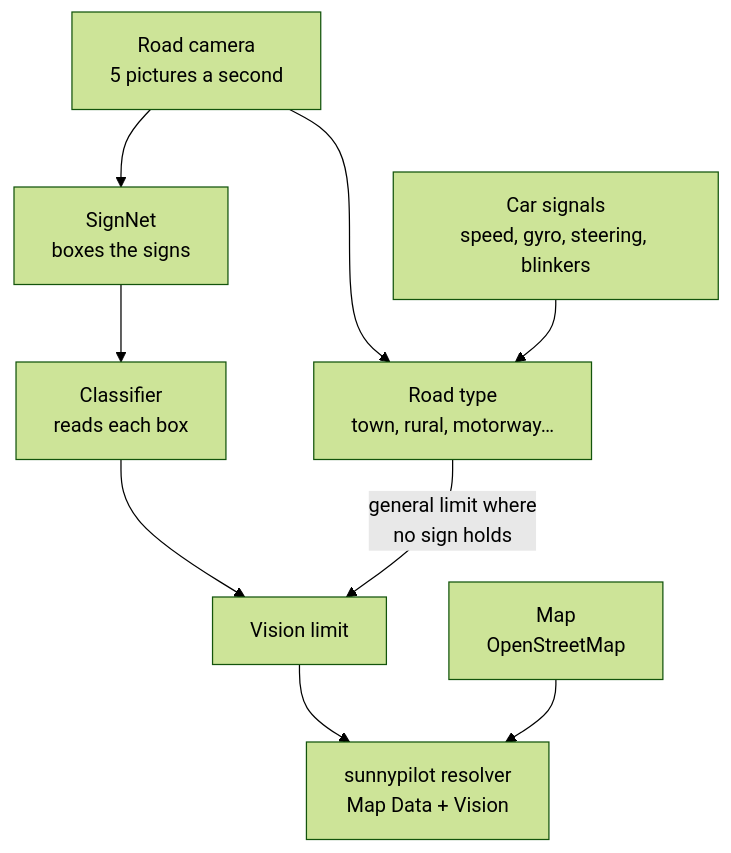
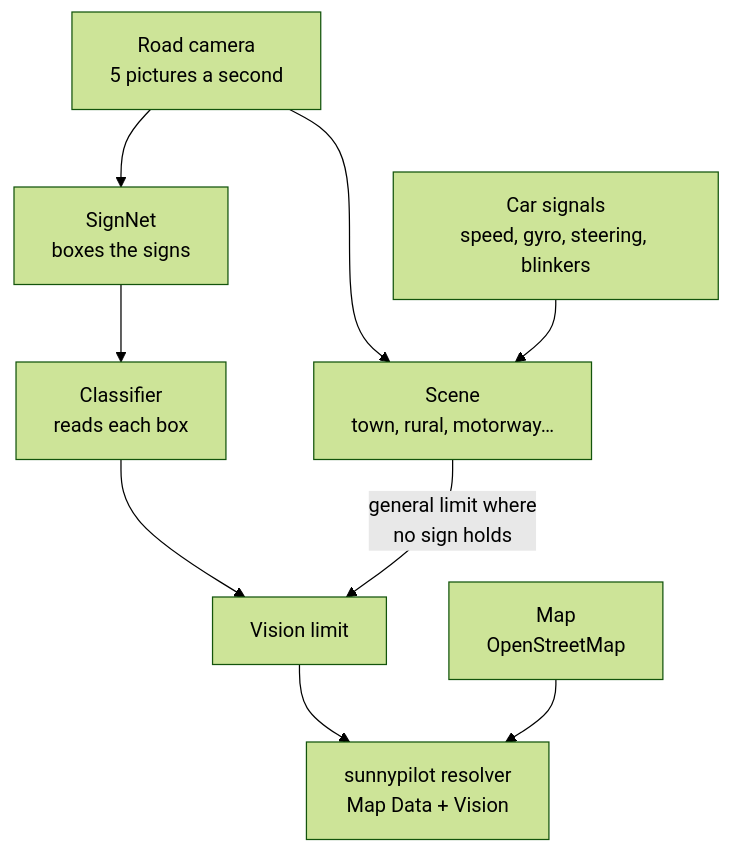
One commit to Deggory/sunnypilot.speedlimits changed the second of 2 diagrams in README.md. Above: the diagram before and after it, drawn with Mermaid (forest theme). The commit also changed other lines of this file and 21 other files, not shown here.

First line of the commit message:
Road type is named Scene in the portal: the scene network, its training and its settings

````diff
--- a/README.md
+++ b/README.md
@@ -43,11 +43,11 @@
 ```mermaid
 flowchart TD
   cam["Road camera<br/>5 pictures a second"] --> sn["SignNet<br/>boxes the signs"]
   sn --> cl["Classifier<br/>reads each box"]
   cl --> lim["Vision limit"]
-  cam --> rt["Road type<br/>town, rural, motorway…"]
+  cam --> rt["Scene<br/>town, rural, motorway…"]
   sig["Car signals<br/>speed, gyro, steering, blinkers"] --> rt
   rt -->|"general limit where<br/>no sign holds"| lim
   lim --> res["sunnypilot resolver<br/>Map Data + Vision"]
   osm["Map<br/>OpenStreetMap"] --> res
 ```
````
